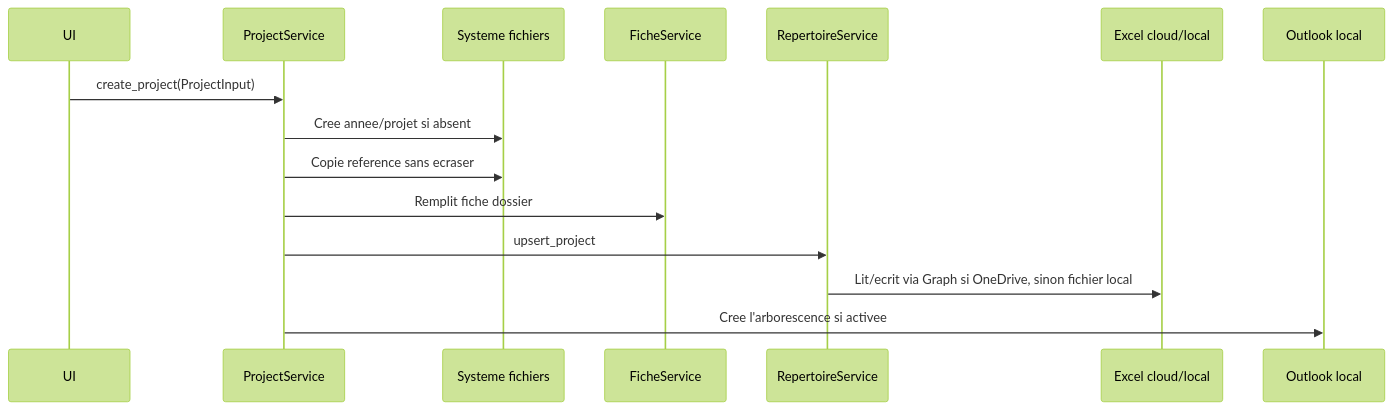
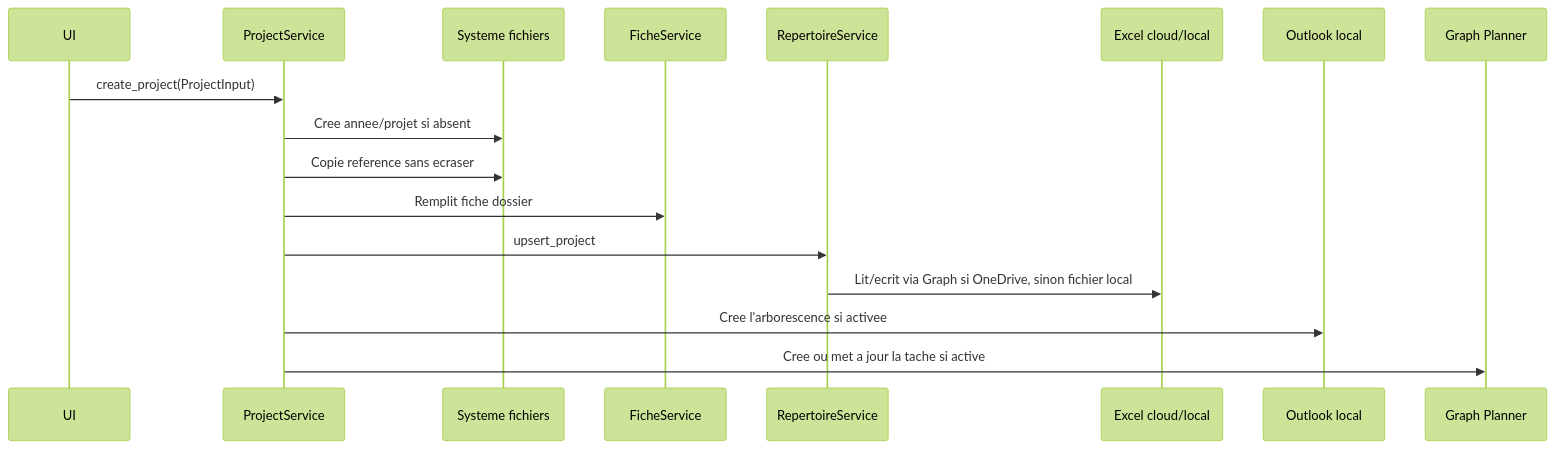
One commit to LionelMds/projectflow-automator changed the third of 4 diagrams in docs/architecture.md. Above: the diagram before and after it, drawn with Mermaid (forest theme). The commit also changed other lines of this file and 22 other files, not shown here.

````diff
--- a/docs/architecture.md
+++ b/docs/architecture.md
@@ -34,18 +36,20 @@
 ```mermaid
 sequenceDiagram
   participant UI as UI
   participant Service as ProjectService
   participant FS as Systeme fichiers
   participant Fiche as FicheService
   participant Rep as RepertoireService
   participant Excel as Excel cloud/local
   participant Outlook as Outlook local
+  participant Planner as Graph Planner
 
   UI->>Service: create_project(ProjectInput)
   Service->>FS: Cree annee/projet si absent
   Service->>FS: Copie reference sans ecraser
   Service->>Fiche: Remplit fiche dossier
   Service->>Rep: upsert_project
   Rep->>Excel: Lit/ecrit via Graph si OneDrive, sinon fichier local
   Service->>Outlook: Cree l'arborescence si activee
+  Service->>Planner: Cree ou met a jour la tache si active
 ```
````
